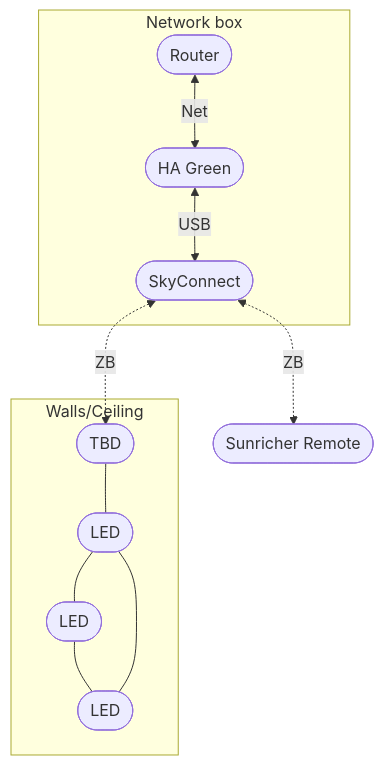
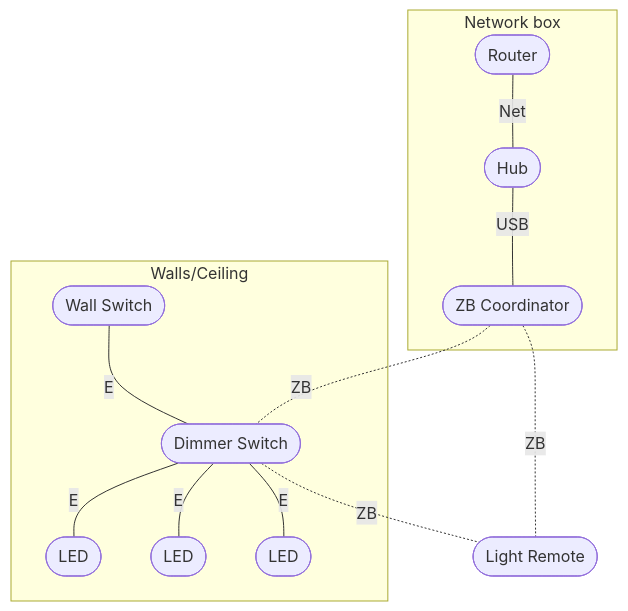
One commit to freenandes/topo-da-mente changed the diagram in content/note/connected-home-switches.md. Above: the diagram before and after it, drawn with Mermaid. The commit also changed other lines of this file, not shown here.

````diff
--- a/content/note/connected-home-switches.md
+++ b/content/note/connected-home-switches.md
@@ -53,13 +71,17 @@
 ```mermaid
 flowchart TB
 subgraph nwb[Network box]
-    iro([Router]) <--Net-->
-    has([HA Green]) <--USB-->
-    sky([SkyConnect])
+    iro([Router]) --Net---
+    hub([Hub]) --USB---
+    coo([ZB Coordinator])
 end
-sky <-.ZB.-> szr([Sunricher Remote])
+coo -.ZB.- rem([Light Remote])
 subgraph con[Walls/Ceiling]
-    dsw([TBD]) --- ll1([LED]) --- ll2([LED]) --- ll3([LED]) --- ll1
-end 
-sky <-.ZB.-> dsw
+    dsw([Dimmer Switch]) --E--- ll1([LED])
+    dsw --E--- ll2([LED])
+    dsw --E--- ll3([LED])
+    wls([Wall Switch]) --E--- dsw
+end
+coo -.ZB.- dsw
+dsw -.ZB.- rem
 ```
````
